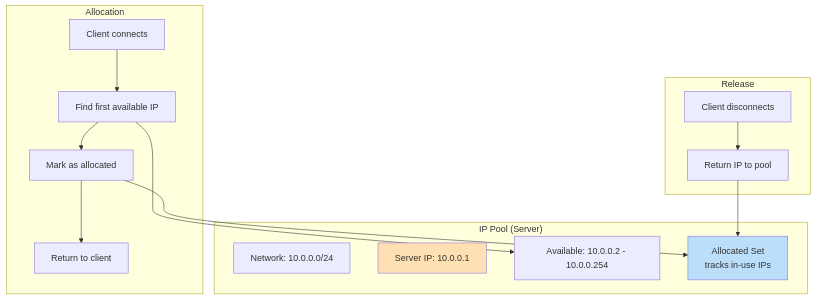
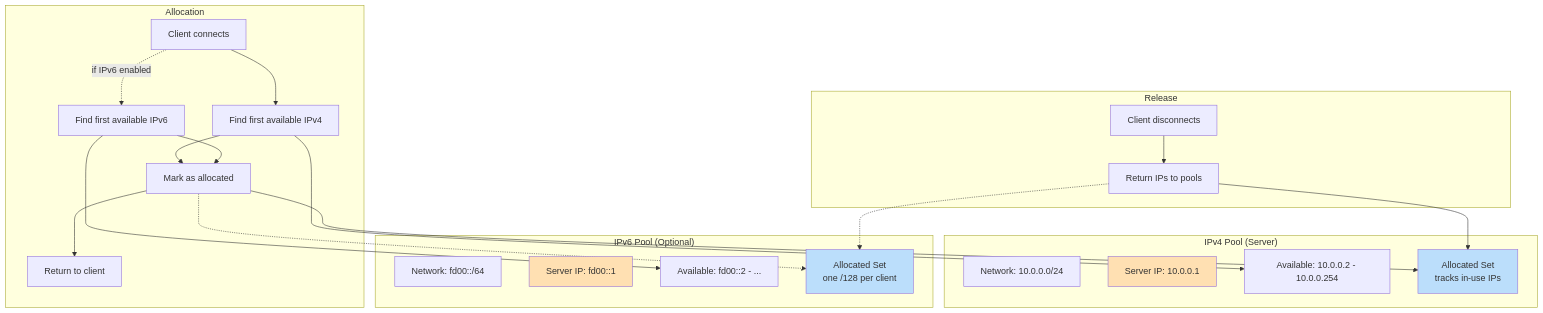
One commit to andrewtheguy/vpn-rs changed diagram 14 of 43 in docs/ARCHITECTURE.md. Above: the diagram before and after it, drawn with Mermaid. The commit also changed other lines of this file and 3 other files, not shown here.

````diff
--- a/docs/ARCHITECTURE.md
+++ b/docs/ARCHITECTURE.md
@@ -562,33 +569,48 @@
 ```mermaid
 graph TB
-    subgraph "IP Pool (Server)"
+    subgraph "IPv4 Pool (Server)"
         A[Network: 10.0.0.0/24]
         B[Server IP: 10.0.0.1]
         C[Available: 10.0.0.2 - 10.0.0.254]
         D[Allocated Set<br/>tracks in-use IPs]
     end
 
+    subgraph "IPv6 Pool (Optional)"
+        A6[Network: fd00::/64]
+        B6[Server IP: fd00::1]
+        C6[Available: fd00::2 - ...]
+        D6[Allocated Set<br/>one /128 per client]
+    end
+
     subgraph "Allocation"
         E[Client connects]
-        F[Find first available IP]
+        F[Find first available IPv4]
+        F6[Find first available IPv6]
         G[Mark as allocated]
         H[Return to client]
     end
 
     subgraph "Release"
         I[Client disconnects]
-        J[Return IP to pool]
+        J[Return IPs to pools]
     end
 
     E --> F
+    E -.->|if IPv6 enabled| F6
     F --> C
+    F6 --> C6
     F --> G
+    F6 --> G
     G --> D
+    G -.-> D6
     G --> H
 
     I --> J
     J --> D
+    J -.-> D6
 
     style B fill:#FFE0B2
+    style B6 fill:#FFE0B2
     style D fill:#BBDEFB
+    style D6 fill:#BBDEFB
 ```
````
